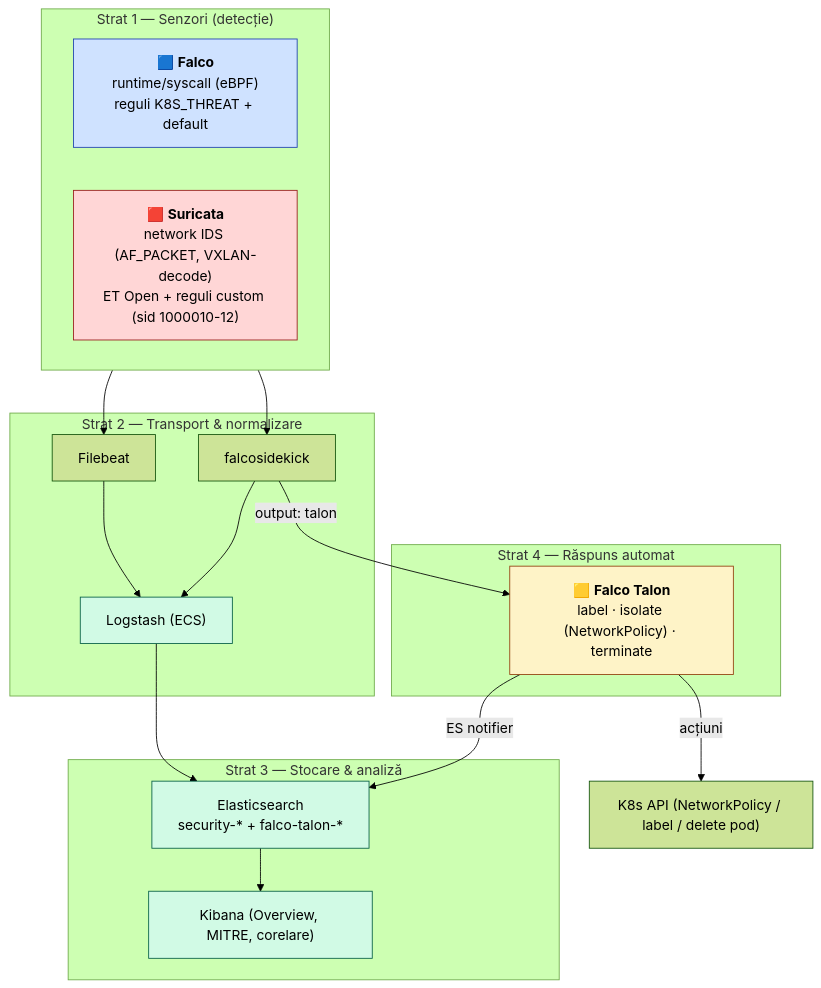
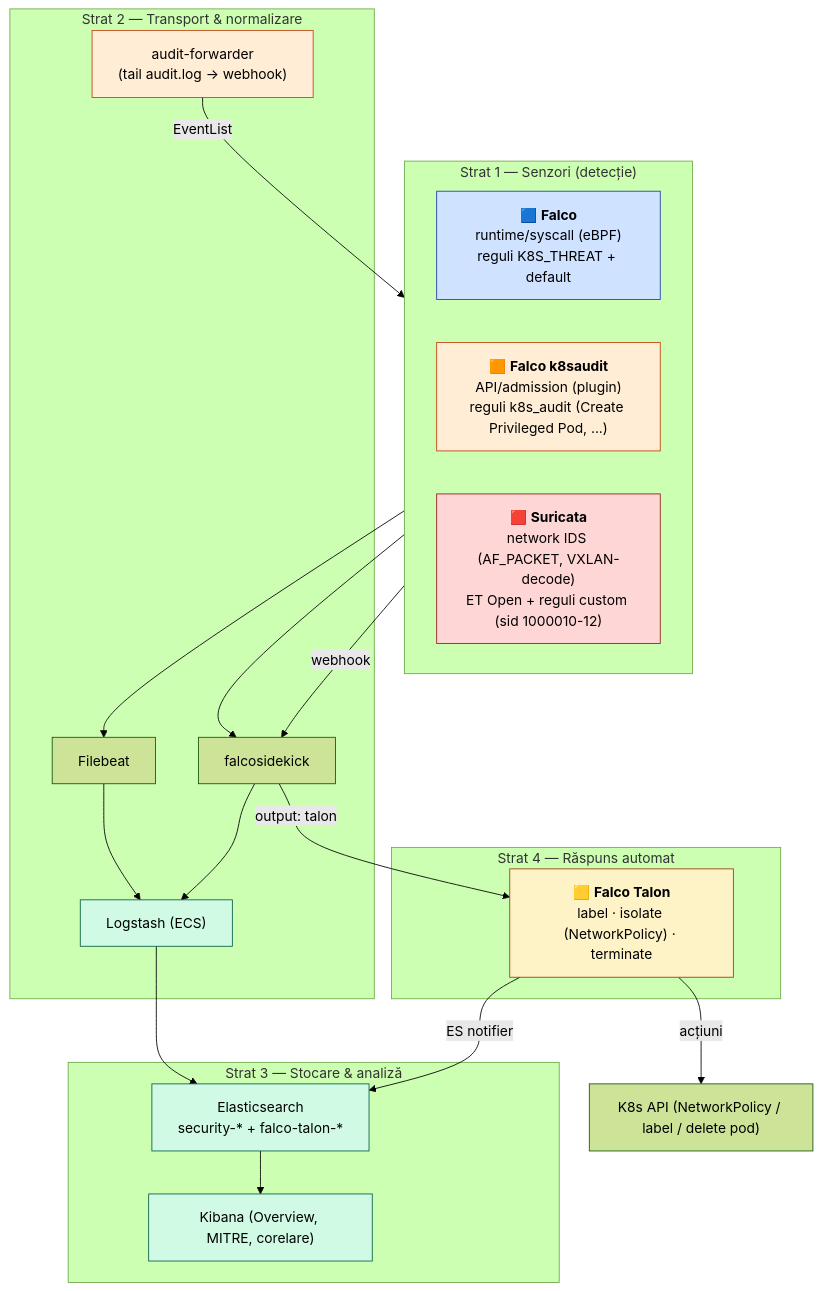
Before and after one commit to johnnyy06/k8s-threat-detection-system: the third of 7 diagrams in docs/diagrams/flows.md, drawn with Mermaid (forest theme). The commit also changed other lines of this file and 9 other files, not shown here.

First line of the commit message:
docs(k8saudit): wire admission layer into diagrams + validate s01/s08

````diff
--- a/docs/diagrams/flows.md
+++ b/docs/diagrams/flows.md
@@ -119,39 +135,45 @@
 ```mermaid
 flowchart TB
   subgraph L1["Strat 1 — Senzori (detecție)"]
     direction LR
     falco["🟦 <b>Falco</b><br/>runtime/syscall (eBPF)<br/>reguli K8S_THREAT + default"]
+    ka["🟧 <b>Falco k8saudit</b><br/>API/admission (plugin)<br/>reguli k8s_audit (Create Privileged Pod, ...)"]
     suri["🟥 <b>Suricata</b><br/>network IDS (AF_PACKET, VXLAN-decode)<br/>ET Open + reguli custom (sid 1000010-12)"]
   end
 
   subgraph L2["Strat 2 — Transport & normalizare"]
+    fwd["audit-forwarder<br/>(tail audit.log → webhook)"]
     fs["falcosidekick"]
     fb["Filebeat"]
     ls["Logstash (ECS)"]
   end
 
   subgraph L3["Strat 3 — Stocare & analiză"]
     es["Elasticsearch<br/>security-* + falco-talon-*"]
     kb["Kibana (Overview, MITRE, corelare)"]
   end
 
   subgraph L4["Strat 4 — Răspuns automat"]
     talon["🟨 <b>Falco Talon</b><br/>label · isolate (NetworkPolicy) · terminate"]
   end
 
   falco --> fs
+  ka -->|"webhook"| fs
+  fwd -->|"EventList"| ka
   suri --> fb --> ls
   fs --> ls --> es --> kb
   fs -->|"output: talon"| talon
   talon -->|"acțiuni"| k8s["K8s API (NetworkPolicy / label / delete pod)"]
   talon -->|"ES notifier"| es
 
   classDef falco fill:#cfe2ff,stroke:#1e40af;
+  classDef k8saudit fill:#ffedd5,stroke:#c2410e;
   classDef suri fill:#ffd6d6,stroke:#991b1b;
   classDef elk fill:#d1fae5,stroke:#065f46;
   classDef talon fill:#fef3c7,stroke:#92400e;
   class falco falco;
+  class ka,fwd k8saudit;
   class suri suri;
   class es,kb,ls elk;
   class talon talon;
 ```
````
